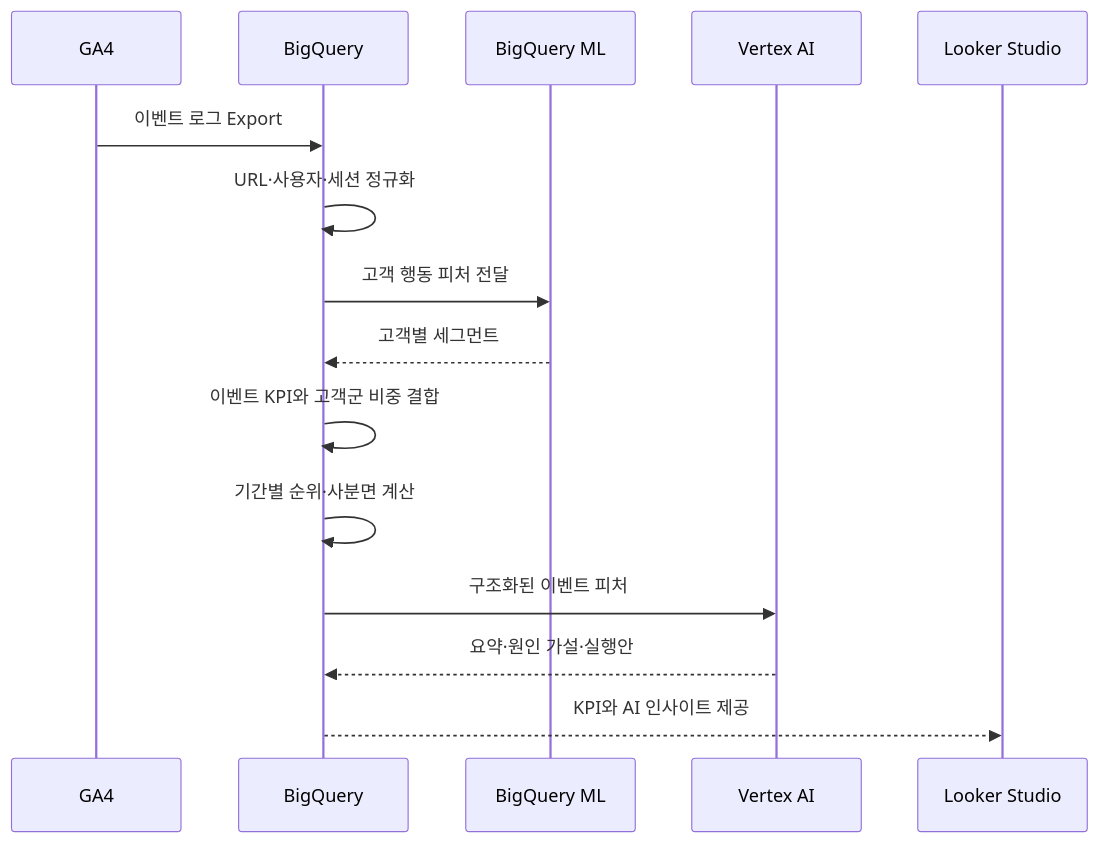
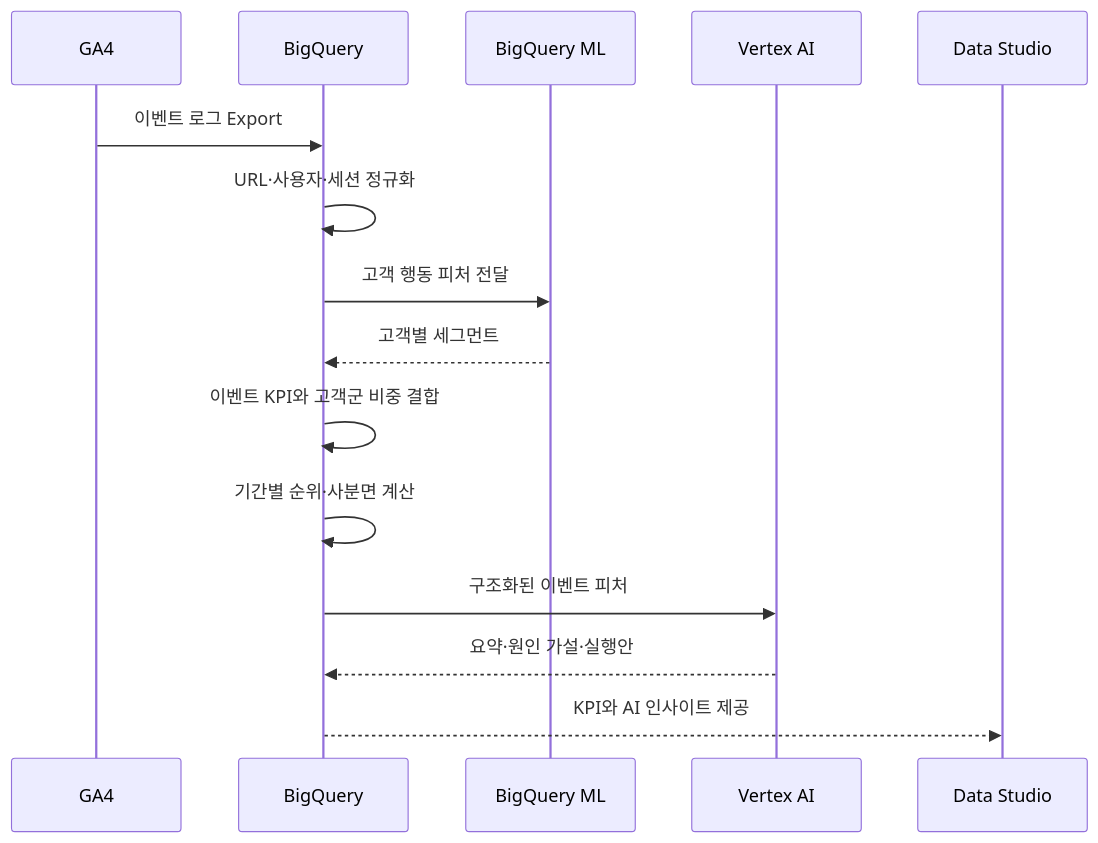
The second of 2 diagrams in README.md (qkrwlfjddl/Marketing-KPI-AI-Insight), drawn with Mermaid before and after one commit.

````diff
--- a/README.md
+++ b/README.md
@@ -83,18 +83,18 @@
 ```mermaid
 sequenceDiagram
     participant G as GA4
     participant B as BigQuery
     participant M as BigQuery ML
     participant V as Vertex AI
-    participant L as Looker Studio
+    participant L as Data Studio
 
     G->>B: 이벤트 로그 Export
     B->>B: URL·사용자·세션 정규화
     B->>M: 고객 행동 피처 전달
     M-->>B: 고객별 세그먼트
     B->>B: 이벤트 KPI와 고객군 비중 결합
     B->>B: 기간별 순위·사분면 계산
     B->>V: 구조화된 이벤트 피처
     V-->>B: 요약·원인 가설·실행안
     B-->>L: KPI와 AI 인사이트 제공
 ```
````
